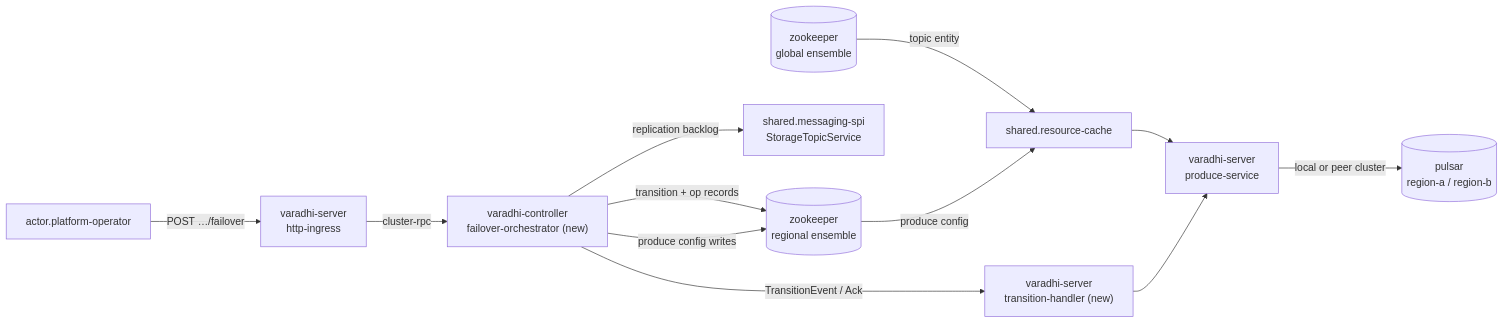
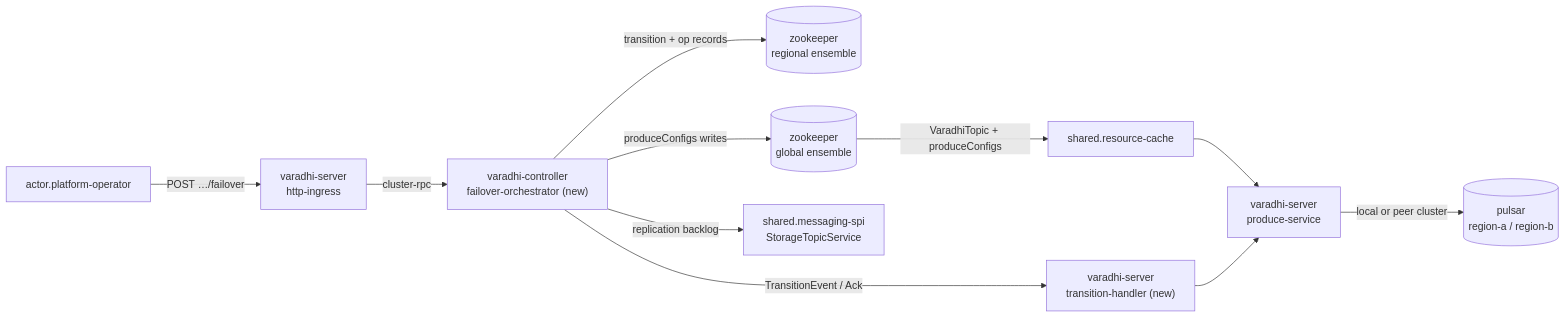
Before and after one commit to flipkart-incubator/varadhi: the first of 3 diagrams in vips/VIP-0003-rework.md, drawn with Mermaid. The commit also changed other lines of this file, not shown here.

````diff
--- a/vips/VIP-0003-rework.md
+++ b/vips/VIP-0003-rework.md
@@ -163,16 +164,15 @@
 ```mermaid
 flowchart LR
     Op["actor.platform-operator"] -->|"POST …/failover"| API["varadhi-server<br/>http-ingress"]
     API -->|"cluster-rpc"| Orc["varadhi-controller<br/>failover-orchestrator (new)"]
 
     Orc -->|"transition + op records"| RZK[("zookeeper<br/>regional ensemble")]
-    Orc -->|"produce config writes"| RZK
+    Orc -->|"produceConfigs writes"| GZK[("zookeeper<br/>global ensemble")]
     Orc -->|"replication backlog"| MSP["shared.messaging-spi<br/>StorageTopicService"]
     Orc -->|"TransitionEvent / Ack"| TH["varadhi-server<br/>transition-handler (new)"]
 
-    GZK[("zookeeper<br/>global ensemble")] -->|"topic entity"| Cache
-    RZK -->|"produce config"| Cache["shared.resource-cache"]
+    GZK -->|"VaradhiTopic + produceConfigs"| Cache["shared.resource-cache"]
     Cache --> PS["varadhi-server<br/>produce-service"]
     TH --> PS
     PS -->|"local or peer cluster"| Pulsar[("pulsar<br/>region-a / region-b")]
 ```
````
